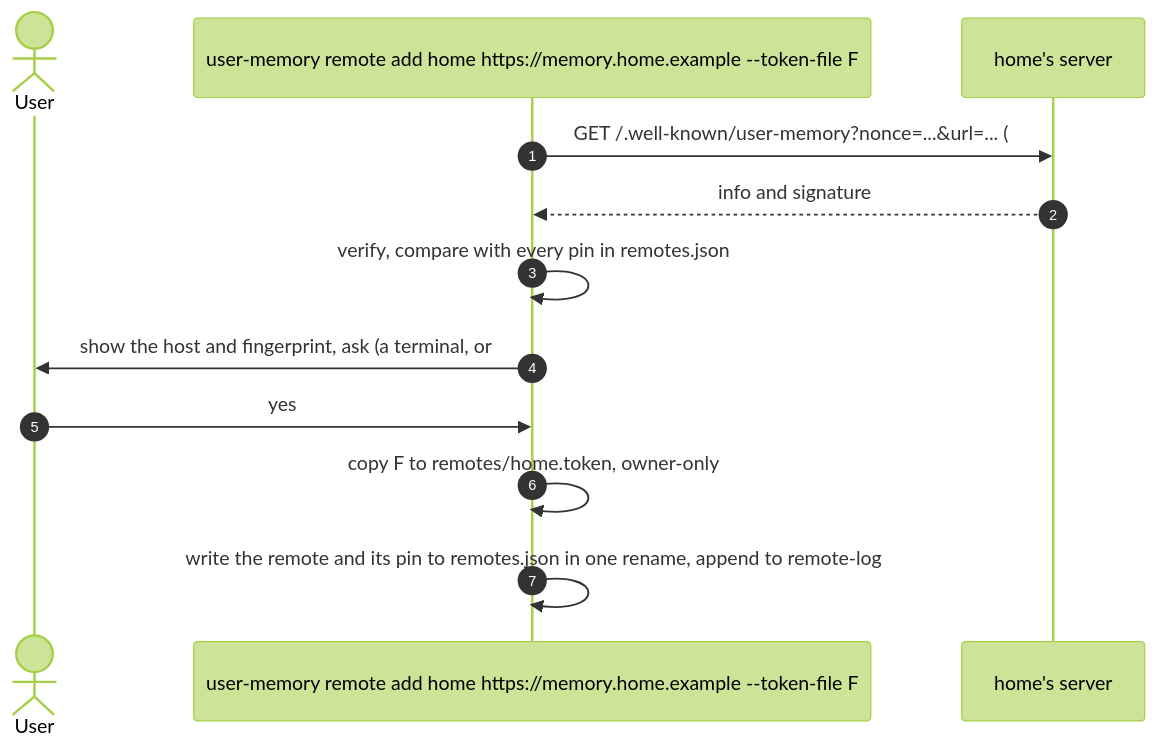
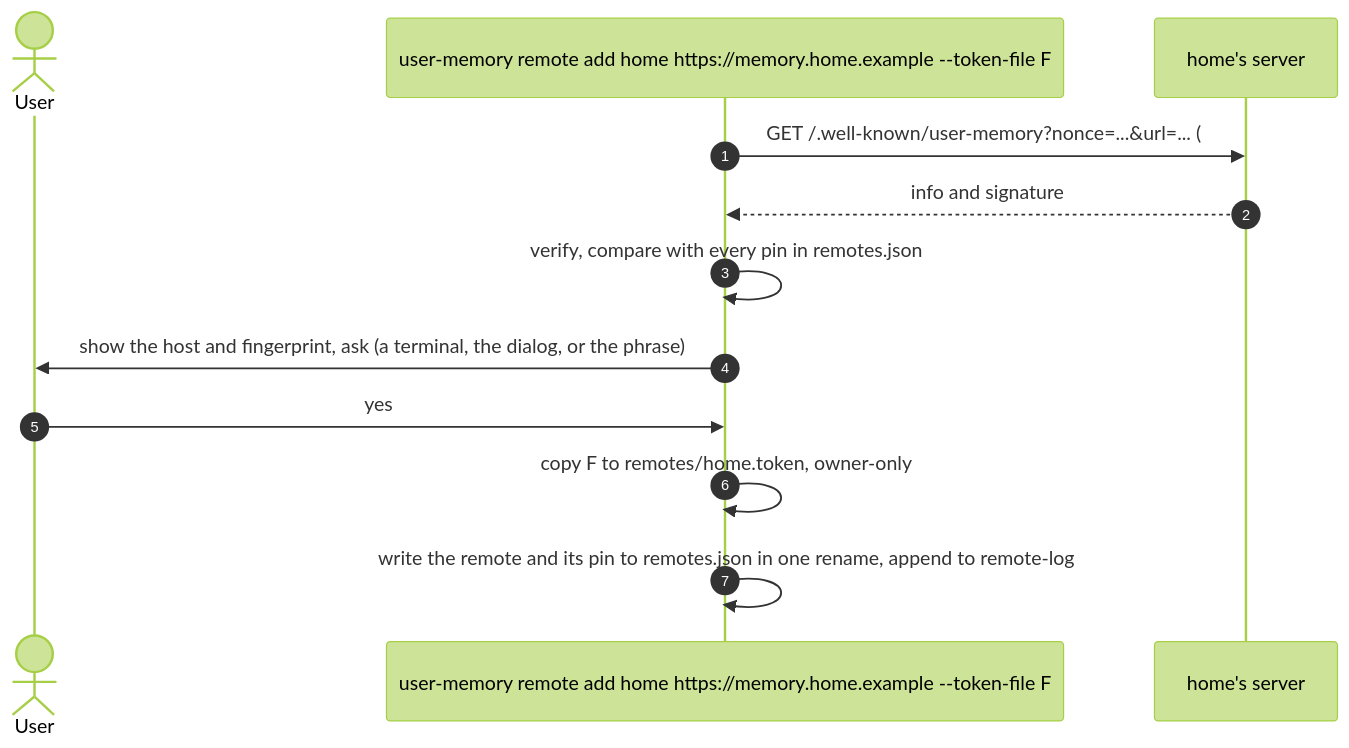
Before and after one commit to l7aromeo/user-memory: the first of 10 diagrams in design/05-remotes-and-switching.md, drawn with Mermaid (forest theme). The commit also changed other lines of this file and 13 other files, not shown here.

````diff
--- a/design/05-remotes-and-switching.md
+++ b/design/05-remotes-and-switching.md
@@ -49,14 +50,14 @@
 ```mermaid
 sequenceDiagram
   autonumber
   actor U as User
   participant R as user-memory remote add home https://memory.home.example --token-file F
   participant S as home's server
   R->>S: GET /.well-known/user-memory?nonce=...&url=... (#58)
   S-->>R: info and signature
   R->>R: verify, compare with every pin in remotes.json
-  R->>U: show the host and fingerprint, ask (a terminal, or #62's phrase)
+  R->>U: show the host and fingerprint, ask (a terminal, the dialog, or the phrase)
   U->>R: yes
   R->>R: copy F to remotes/home.token, owner-only
   R->>R: write the remote and its pin to remotes.json in one rename, append to remote-log
 ```
````
